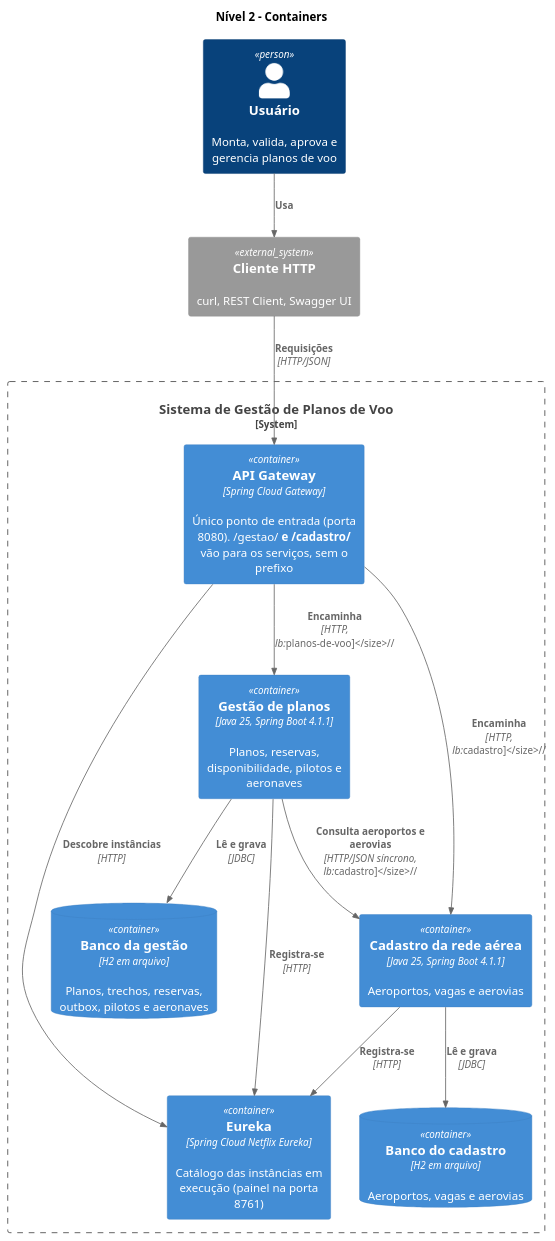
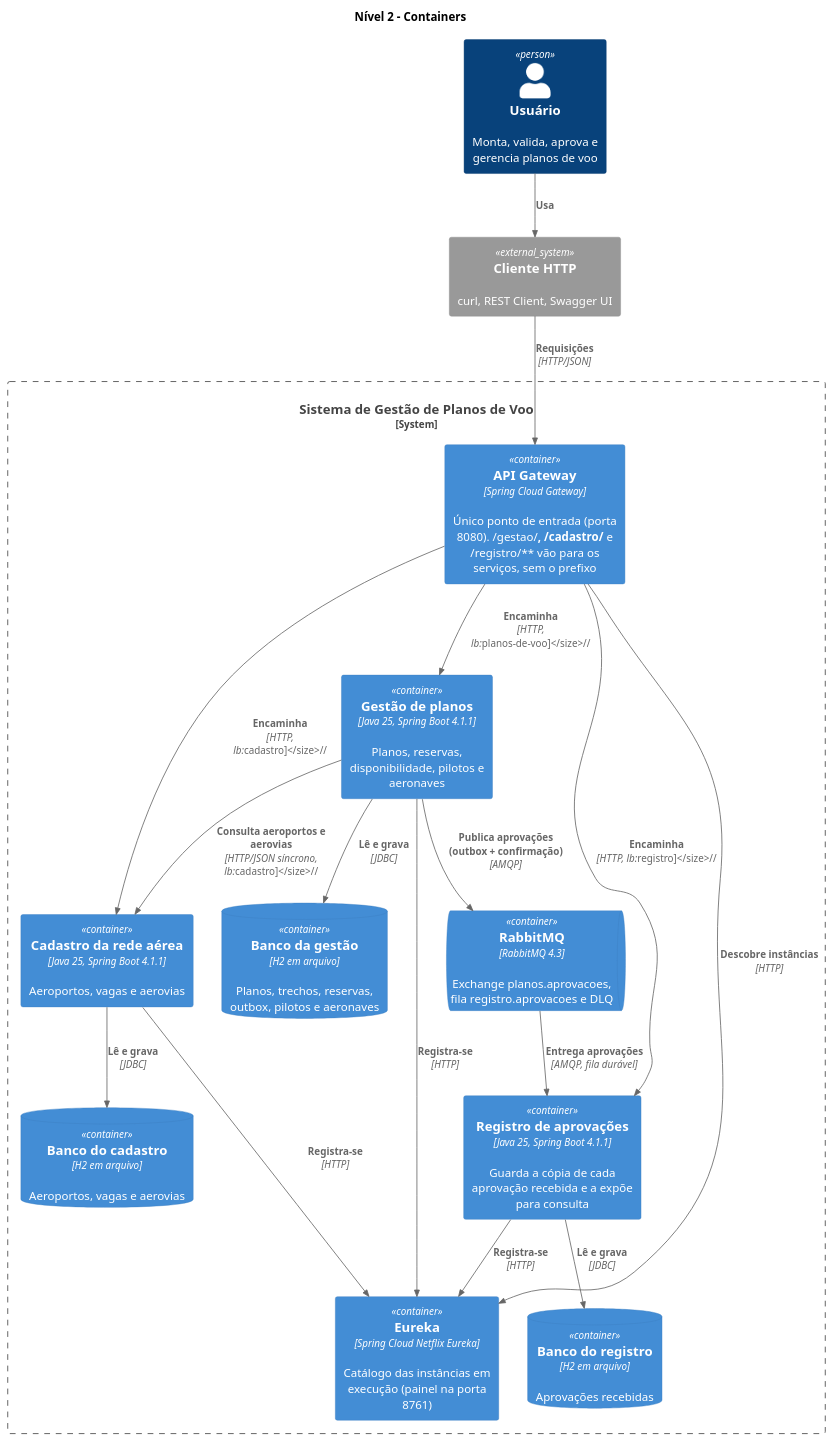
The diagram in docs/arquitetura/c4-containers.puml (antoniocosta0/trabalho-projaq), drawn with PlantUML before and after one commit. The commit also changed 9 other files, not shown here.

```diff
--- a/docs/arquitetura/c4-containers.puml
+++ b/docs/arquitetura/c4-containers.puml
@@ -1,29 +1,37 @@
 @startuml
 !include <C4/C4_Container>
 
 title Nível 2 - Containers
 
 Person(usuario, "Usuário", "Monta, valida, aprova e gerencia planos de voo")
 System_Ext(cliente, "Cliente HTTP", "curl, REST Client, Swagger UI")
 
 System_Boundary(sistema, "Sistema de Gestão de Planos de Voo") {
-  Container(gateway, "API Gateway", "Spring Cloud Gateway", "Único ponto de entrada (porta 8080). /gestao/** e /cadastro/** vão para os serviços, sem o prefixo")
+  Container(gateway, "API Gateway", "Spring Cloud Gateway", "Único ponto de entrada (porta 8080). /gestao/**, /cadastro/** e /registro/** vão para os serviços, sem o prefixo")
   Container(eureka, "Eureka", "Spring Cloud Netflix Eureka", "Catálogo das instâncias em execução (painel na porta 8761)")
   Container(api, "Gestão de planos", "Java 25, Spring Boot 4.1.1", "Planos, reservas, disponibilidade, pilotos e aeronaves")
   Container(cadastro, "Cadastro da rede aérea", "Java 25, Spring Boot 4.1.1", "Aeroportos, vagas e aerovias")
   ContainerDb(banco, "Banco da gestão", "H2 em arquivo", "Planos, trechos, reservas, outbox, pilotos e aeronaves")
   ContainerDb(bancoCadastro, "Banco do cadastro", "H2 em arquivo", "Aeroportos, vagas e aerovias")
+  Container(registro, "Registro de aprovações", "Java 25, Spring Boot 4.1.1", "Guarda a cópia de cada aprovação recebida e a expõe para consulta")
+  ContainerDb(bancoRegistro, "Banco do registro", "H2 em arquivo", "Aprovações recebidas")
+  ContainerQueue(rabbit, "RabbitMQ", "RabbitMQ 4.3", "Exchange planos.aprovacoes, fila registro.aprovacoes e DLQ")
 }
 
 Rel(usuario, cliente, "Usa")
 Rel(cliente, gateway, "Requisições", "HTTP/JSON")
 Rel(gateway, api, "Encaminha", "HTTP, lb://planos-de-voo")
 Rel(gateway, eureka, "Descobre instâncias", "HTTP")
 Rel(api, eureka, "Registra-se", "HTTP")
 Rel(api, banco, "Lê e grava", "JDBC")
 Rel(gateway, cadastro, "Encaminha", "HTTP, lb://cadastro")
 Rel(api, cadastro, "Consulta aeroportos e aerovias", "HTTP/JSON síncrono, lb://cadastro")
 Rel(cadastro, eureka, "Registra-se", "HTTP")
 Rel(cadastro, bancoCadastro, "Lê e grava", "JDBC")
+Rel(api, rabbit, "Publica aprovações (outbox + confirmação)", "AMQP")
+Rel(rabbit, registro, "Entrega aprovações", "AMQP, fila durável")
+Rel(gateway, registro, "Encaminha", "HTTP, lb://registro")
+Rel(registro, eureka, "Registra-se", "HTTP")
+Rel(registro, bancoRegistro, "Lê e grava", "JDBC")
 
 @enduml
```
